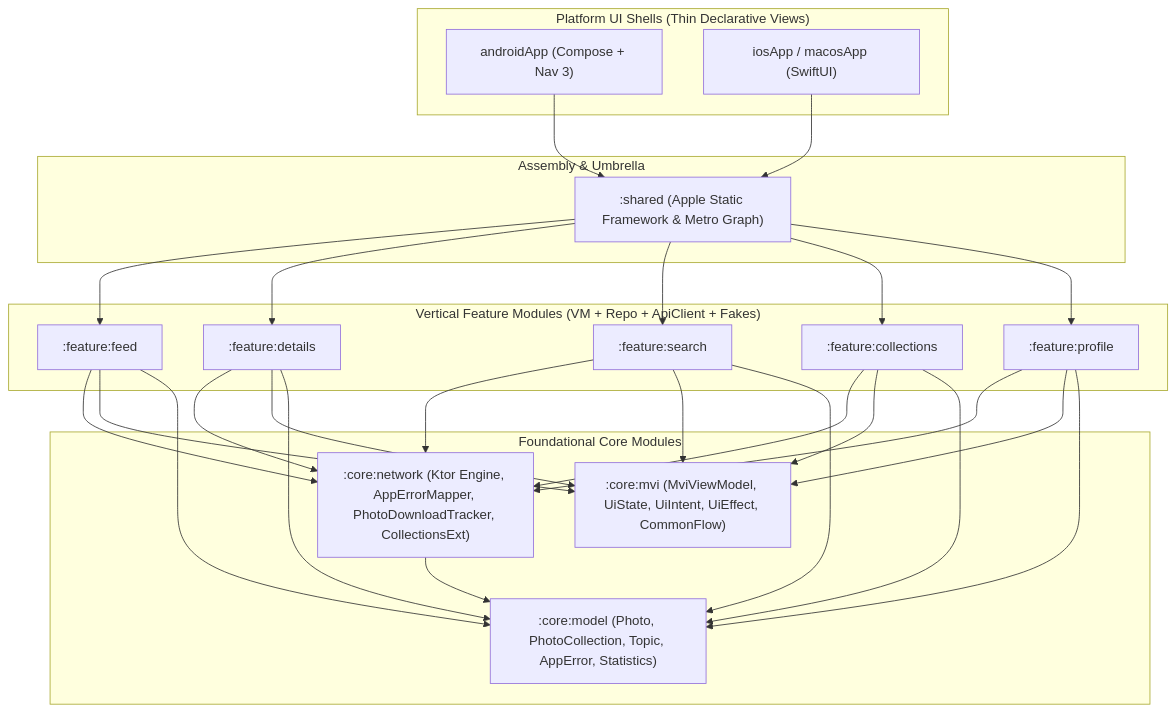
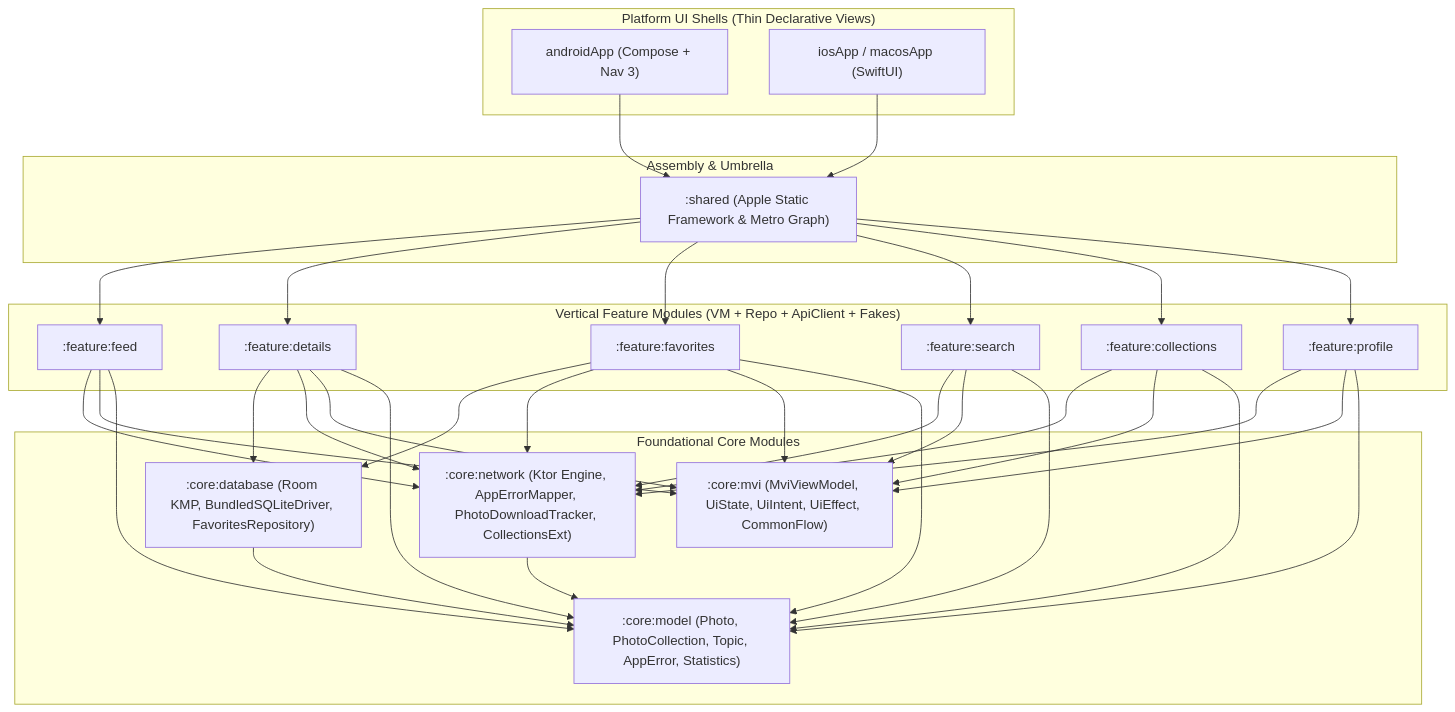
One commit to davidtcdeveloper/image-feed-app changed the diagram in wiki/architecture-and-modules.md. Above: the diagram before and after it, drawn with Mermaid. The commit also changed other lines of this file and 66 other files, not shown here.

First line of the commit message:
Add local favorites persistence with Room KMP and Favorites screen

````diff
--- a/wiki/architecture-and-modules.md
+++ b/wiki/architecture-and-modules.md
@@ -11,31 +11,35 @@
 ```mermaid
 graph TD
     subgraph Platform["Platform UI Shells (Thin Declarative Views)"]
         Android["androidApp (Compose + Nav 3)"]
         Apple["iosApp / macosApp (SwiftUI)"]
     end
 
     subgraph Umbrella["Assembly & Umbrella"]
         Shared[":shared (Apple Static Framework & Metro Graph)"]
     end
 
     subgraph Features["Vertical Feature Modules (VM + Repo + ApiClient + Fakes)"]
         Feed[":feature:feed"]
         Details[":feature:details"]
+        Favorites[":feature:favorites"]
         Search[":feature:search"]
         Collections[":feature:collections"]
         Profile[":feature:profile"]
     end
 
     subgraph Core["Foundational Core Modules"]
+        Database[":core:database (Room KMP, BundledSQLiteDriver, FavoritesRepository)"]
         Network[":core:network (Ktor Engine, AppErrorMapper, PhotoDownloadTracker, CollectionsExt)"]
         Mvi[":core:mvi (MviViewModel, UiState, UiIntent, UiEffect, CommonFlow)"]
         Model[":core:model (Photo, PhotoCollection, Topic, AppError, Statistics)"]
     end
 
     Android --> Shared
     Apple --> Shared
-    Shared --> Feed & Details & Search & Collections & Profile
-    Feed & Details & Search & Collections & Profile --> Network & Mvi & Model
+    Shared --> Feed & Details & Favorites & Search & Collections & Profile
+    Feed & Search & Collections & Profile --> Network & Mvi & Model
+    Details & Favorites --> Database & Network & Mvi & Model
+    Database --> Model
     Network --> Model
 ```
````
